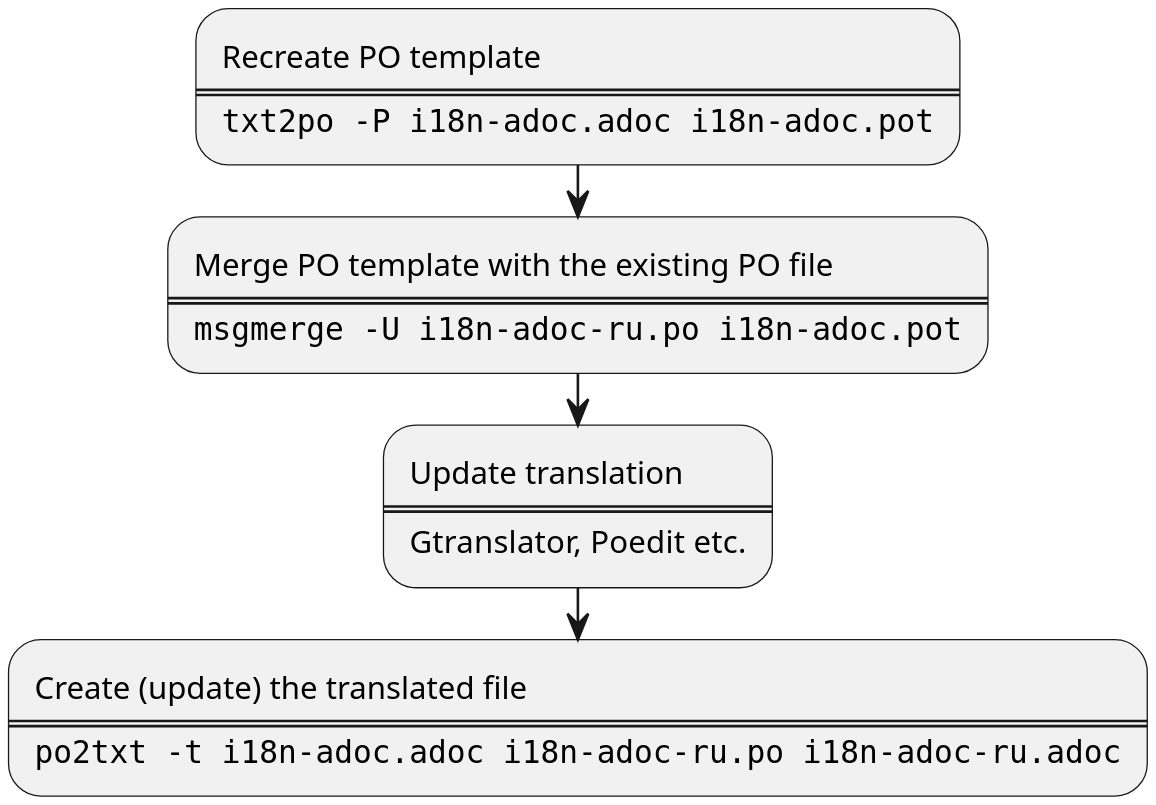
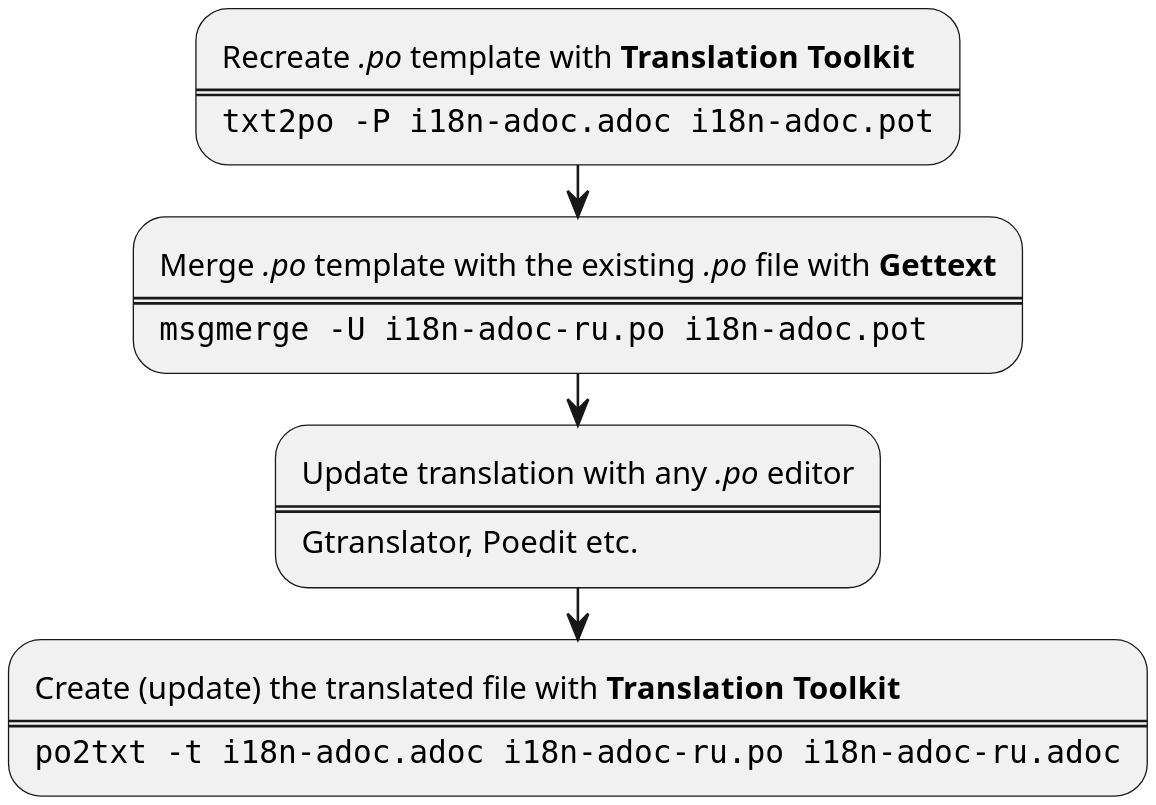
One commit to fiddlededee/asciidoc-i18n changed the second of 2 diagrams in src/i18n-adoc.adoc. Above: the diagram before and after it, drawn with PlantUML. The commit also changed other lines of this file and 3 other files, not shown here.

```diff
--- a/src/i18n-adoc.adoc
+++ b/src/i18n-adoc.adoc
@@ -115,29 +122,29 @@
 [plantuml,updating-translation,fitrect="170x250mm",srcdpi=300,width=80%]
 ....
 @startuml
 skinparam dpi 300
 
-:Recreate PO template
+:Recreate //.po// template with **Translation Toolkit**
 ====
 <code>
 txt2po -P i18n-adoc.adoc i18n-adoc.pot
 </code>;
 
-:Merge PO template with the existing PO file
+:Merge //.po// template with the existing //.po// file with **Gettext**
 ====
 <code>
 msgmerge -U i18n-adoc-ru.po i18n-adoc.pot
 </code>;
 
-:Update translation
+:Update translation with any //.po// editor
 ====
 Gtranslator, Poedit etc.;
 
-:Create (update) the translated file
+:Create (update) the translated file with **Translation Toolkit**
 ====
 <code>
 po2txt -t i18n-adoc.adoc i18n-adoc-ru.po i18n-adoc-ru.adoc
 </code>;
 
 @enduml
 ....
```
